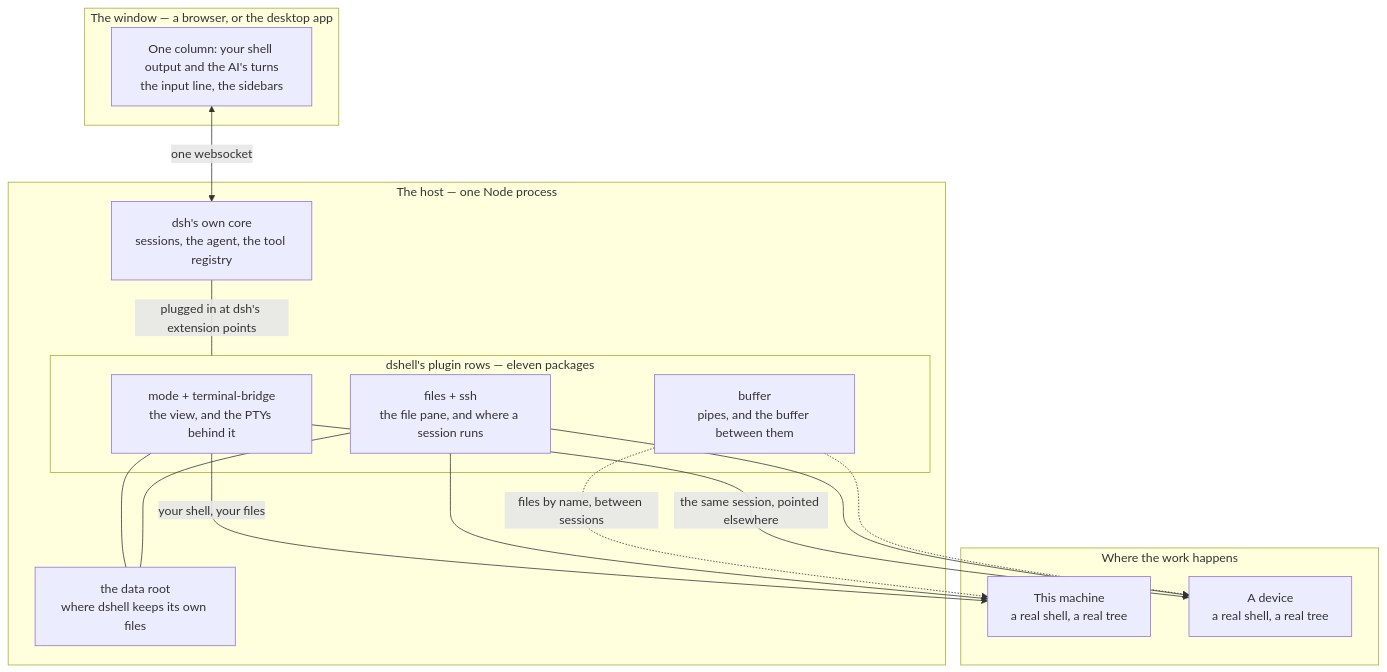
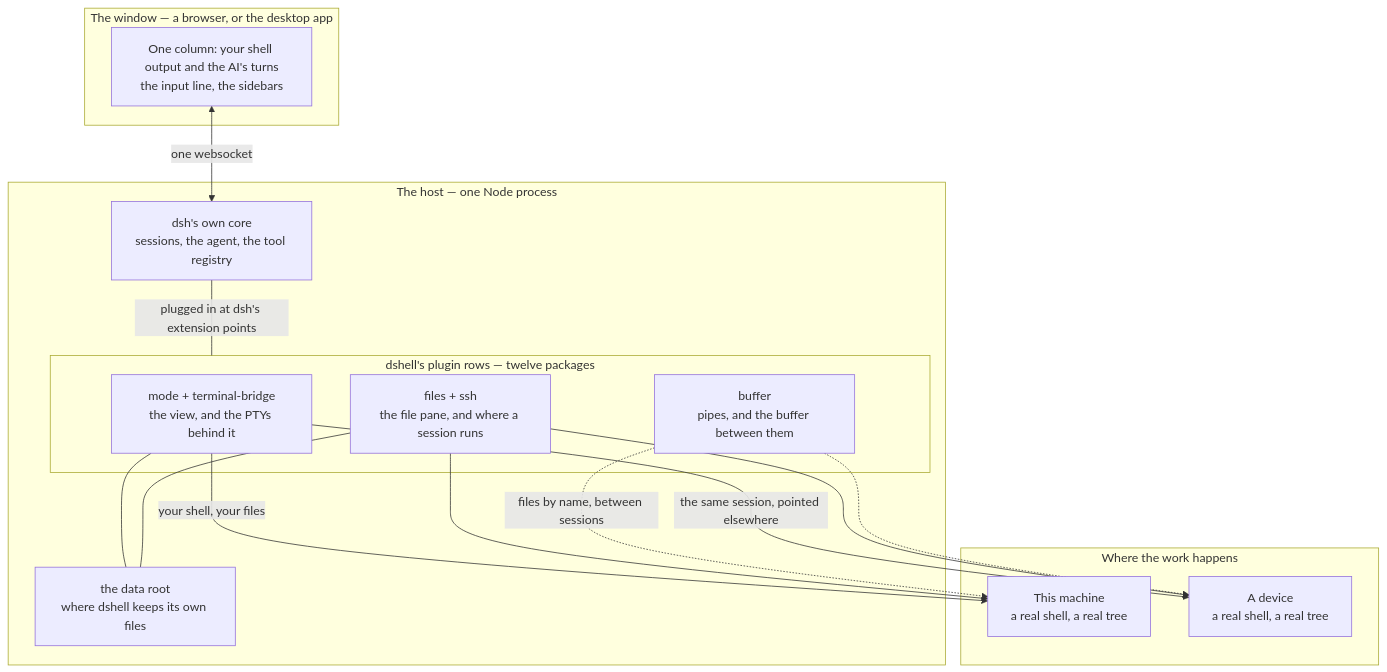
The first of 10 diagrams in README.md (Nexus-Aethra/Nexus-Terminal), drawn with Mermaid before and after one commit. The commit also changed other lines of this file and 56 other files, not shown here.

````diff
--- a/README.md
+++ b/README.md
@@ -48,29 +48,29 @@
 ```mermaid
 flowchart TB
   subgraph WIN["The window — a browser, or the desktop app"]
     UI["One column: your shell output and the AI's turns<br/>the input line, the sidebars"]
   end
   subgraph HOST["The host — one Node process"]
     CORE["dsh's own core<br/>sessions, the agent, the tool registry"]
-    subgraph ROWS["dshell's plugin rows — eleven packages"]
+    subgraph ROWS["dshell's plugin rows — twelve packages"]
       VIEW["mode + terminal-bridge<br/>the view, and the PTYs behind it"]
       PANE["files + ssh<br/>the file pane, and where a session runs"]
       LINK["buffer<br/>pipes, and the buffer between them"]
     end
     ROOT["the data root<br/>where dshell keeps its own files"]
   end
   subgraph WORLD["Where the work happens"]
     HERE["This machine<br/>a real shell, a real tree"]
     THERE["A device<br/>a real shell, a real tree"]
   end
   UI <-->|"one websocket"| CORE
   CORE ---|"plugged in at dsh's extension points"| ROWS
   VIEW -->|"your shell, your files"| HERE
   VIEW -->|"the same session, pointed elsewhere"| THERE
   PANE --> HERE
   PANE --> THERE
   LINK -.->|"files by name, between sessions"| HERE
   LINK -.-> THERE
   VIEW --- ROOT
   PANE --- ROOT
 ```
````
